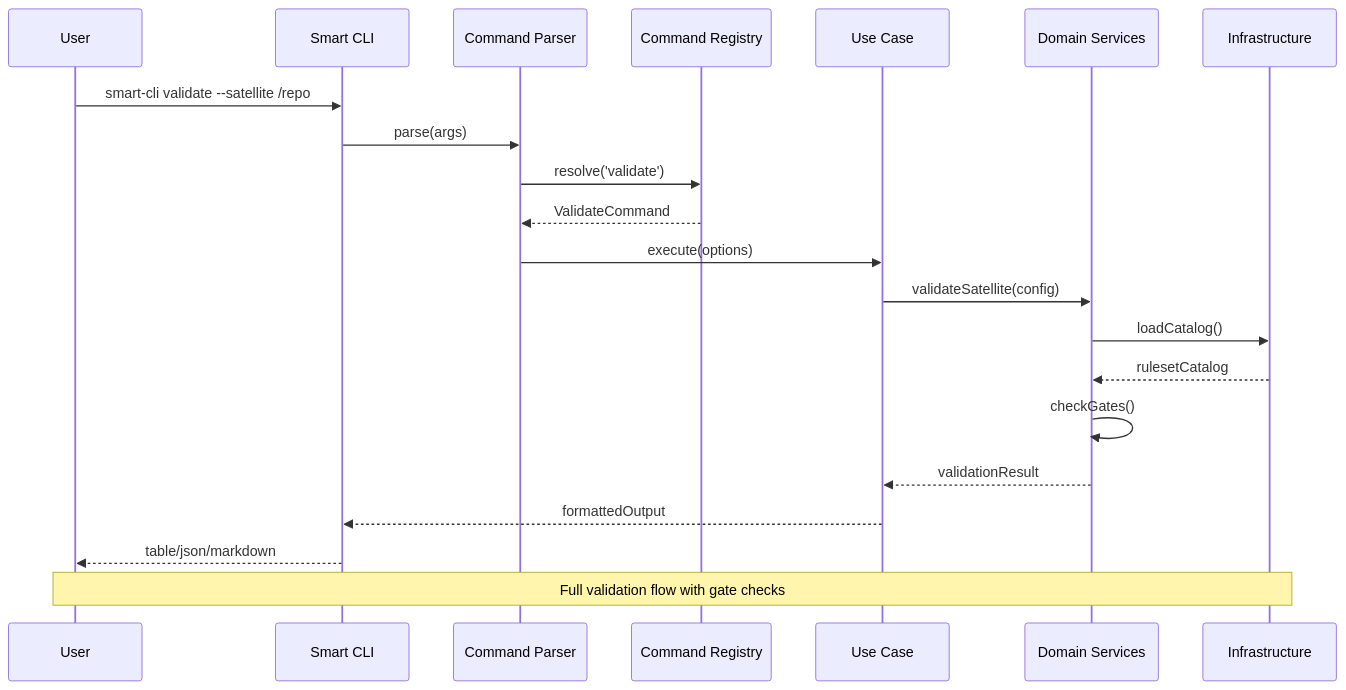
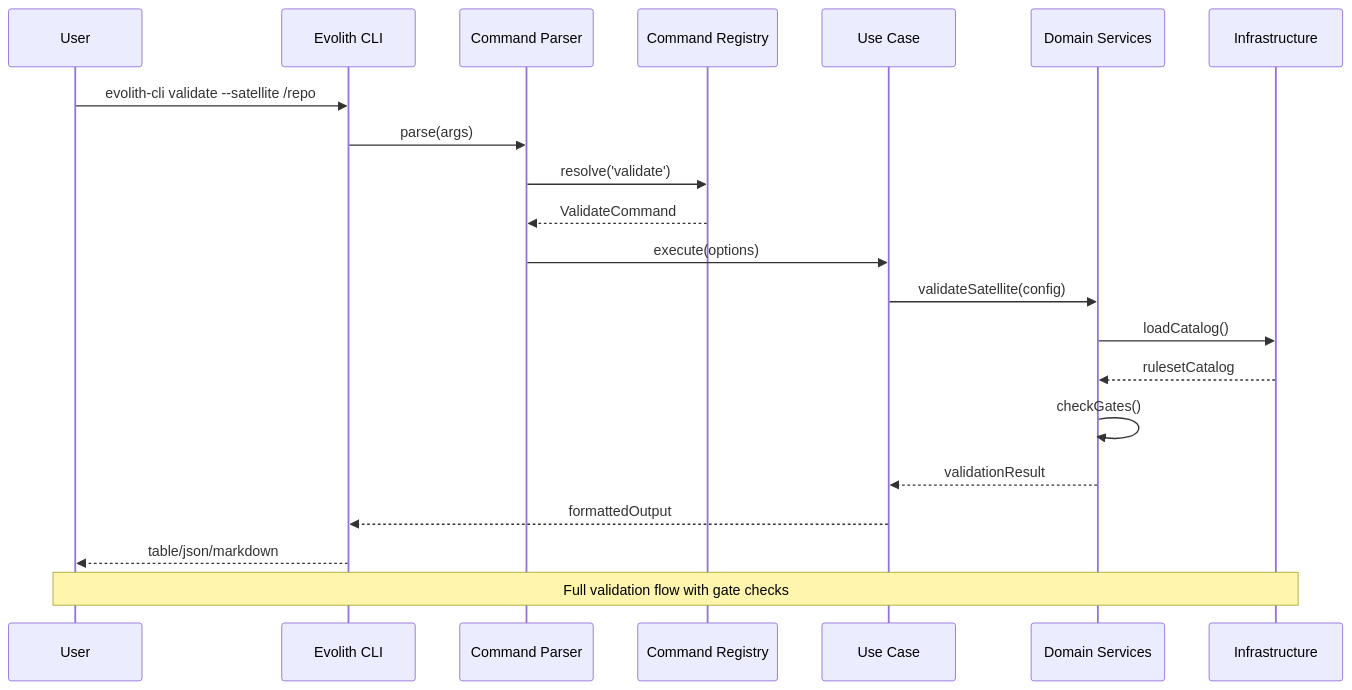
One commit to beyondnetcode/evolith_arch32 changed the fourth of 14 diagrams in src/sdk/cli/ARCHITECTURE.md. Above: the diagram before and after it, drawn with Mermaid. The commit also changed other lines of this file and 195 other files, not shown here.

First line of the commit message:
refactor(brand): align "Smart CLI" → "Evolith CLI" across docs, code, npm, and assemblies

````diff
--- a/src/sdk/cli/ARCHITECTURE.md
+++ b/src/sdk/cli/ARCHITECTURE.md
@@ -204,25 +204,25 @@
 ```mermaid
 sequenceDiagram
     participant User
-    participant CLI as Smart CLI
+    participant CLI as Evolith CLI
     participant Parser as Command Parser
     participant Registry as Command Registry
     participant UseCase as Use Case
     participant Domain as Domain Services
     participant Infra as Infrastructure
 
-    User->>CLI: smart-cli validate --satellite /repo
+    User->>CLI: evolith-cli validate --satellite /repo
     CLI->>Parser: parse(args)
     Parser->>Registry: resolve('validate')
     Registry-->>Parser: ValidateCommand
     Parser->>UseCase: execute(options)
     UseCase->>Domain: validateSatellite(config)
     Domain->>Infra: loadCatalog()
     Infra-->>Domain: rulesetCatalog
     Domain->>Domain: checkGates()
     Domain-->>UseCase: validationResult
     UseCase-->>CLI: formattedOutput
     CLI-->>User: table/json/markdown
 
     Note over User,Infra: Full validation flow with gate checks
 ```
````
